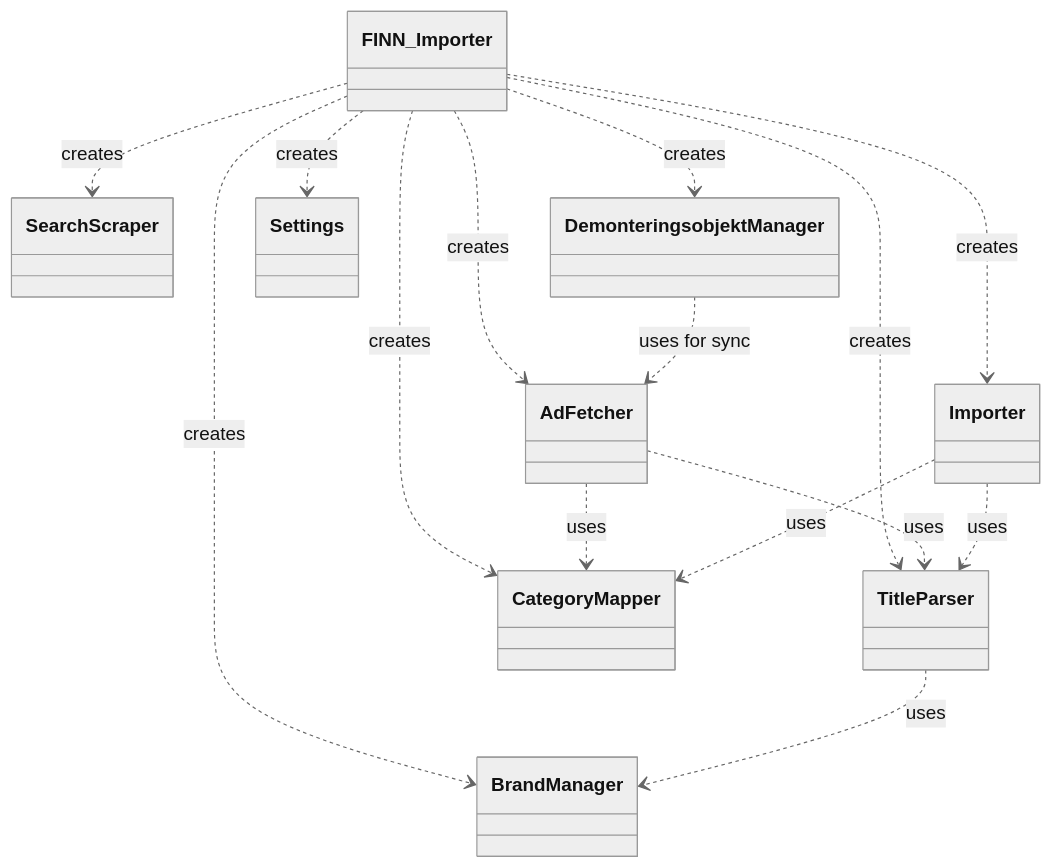
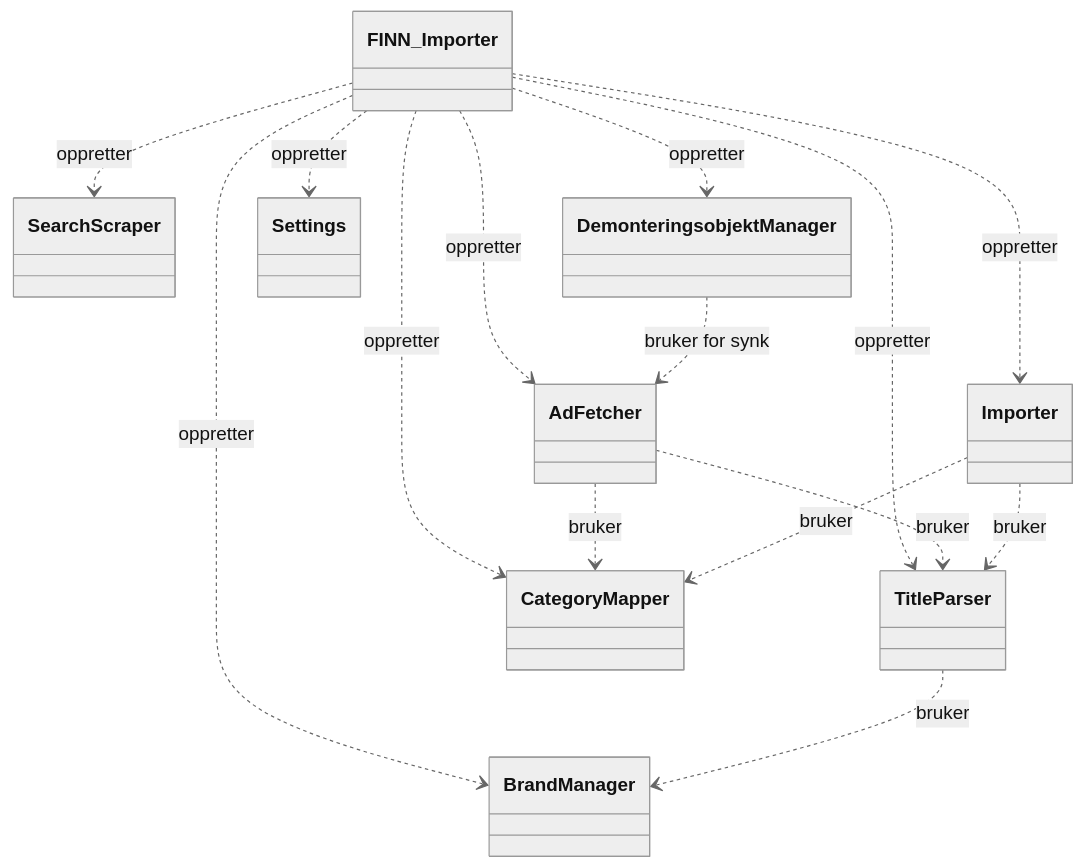
The third of 4 diagrams in README.md (ekhanatime/finntilwoo), drawn with Mermaid (neutral theme) before and after one commit. The commit also changed other lines of this file, not shown here.

````diff
--- a/README.md
+++ b/README.md
@@ -235,18 +291,18 @@
 ```mermaid
 classDiagram
-    FINN_Importer ..> SearchScraper : creates
-    FINN_Importer ..> AdFetcher : creates
-    FINN_Importer ..> TitleParser : creates
-    FINN_Importer ..> CategoryMapper : creates
-    FINN_Importer ..> Importer : creates
-    FINN_Importer ..> BrandManager : creates
-    FINN_Importer ..> DemonteringsobjektManager : creates
-    FINN_Importer ..> Settings : creates
+    FINN_Importer ..> SearchScraper : oppretter
+    FINN_Importer ..> AdFetcher : oppretter
+    FINN_Importer ..> TitleParser : oppretter
+    FINN_Importer ..> CategoryMapper : oppretter
+    FINN_Importer ..> Importer : oppretter
+    FINN_Importer ..> BrandManager : oppretter
+    FINN_Importer ..> DemonteringsobjektManager : oppretter
+    FINN_Importer ..> Settings : oppretter
 
-    AdFetcher ..> TitleParser : uses
-    AdFetcher ..> CategoryMapper : uses
-    Importer ..> TitleParser : uses
-    Importer ..> CategoryMapper : uses
-    TitleParser ..> BrandManager : uses
-    DemonteringsobjektManager ..> AdFetcher : uses for sync
+    AdFetcher ..> TitleParser : bruker
+    AdFetcher ..> CategoryMapper : bruker
+    Importer ..> TitleParser : bruker
+    Importer ..> CategoryMapper : bruker
+    TitleParser ..> BrandManager : bruker
+    DemonteringsobjektManager ..> AdFetcher : bruker for synk
 ```
````
